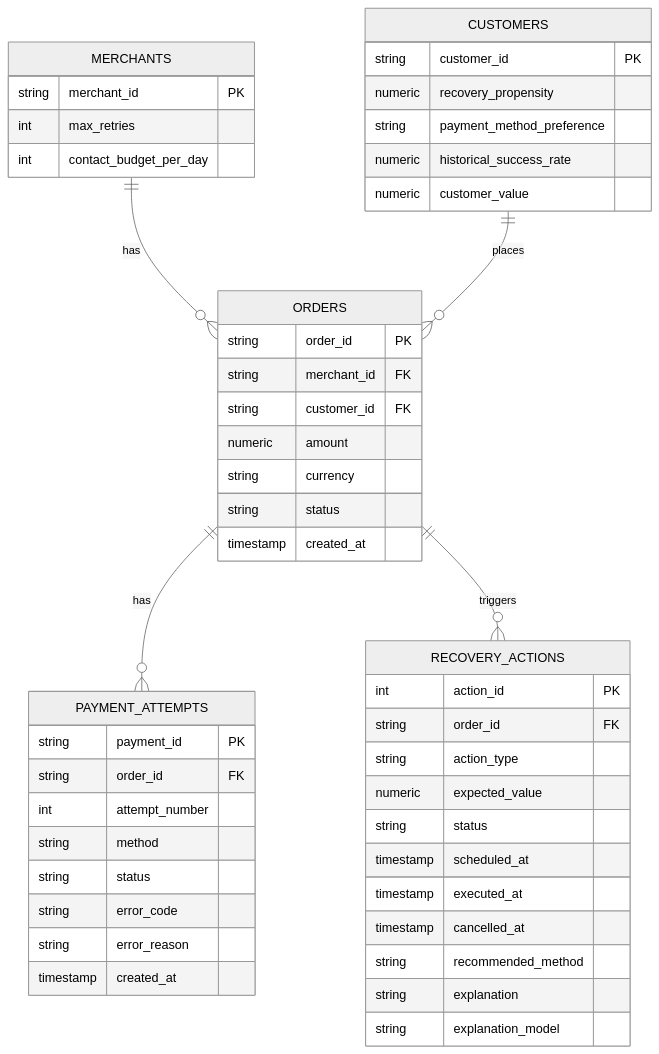
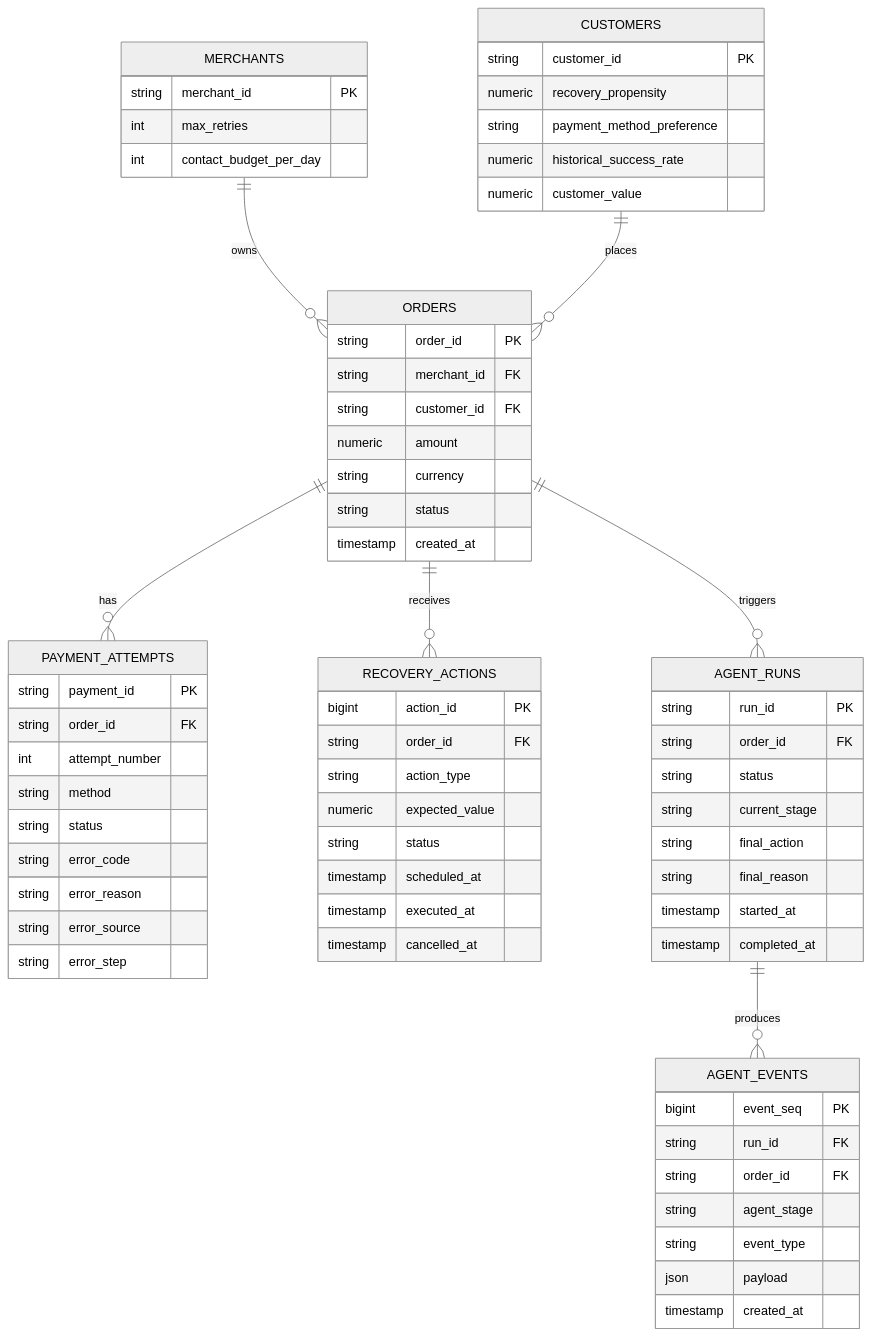
The third of 13 diagrams in docs/reclaim-system-design.md (arsh342/reclaim), drawn with Mermaid (neutral theme) before and after one commit. The commit also changed other lines of this file and 105 other files, not shown here.

````diff
--- a/docs/reclaim-system-design.md
+++ b/docs/reclaim-system-design.md
@@ -94,52 +167,77 @@
 ```mermaid
 erDiagram
-    MERCHANTS ||--o{ ORDERS : has
+    MERCHANTS ||--o{ ORDERS : owns
     CUSTOMERS ||--o{ ORDERS : places
     ORDERS ||--o{ PAYMENT_ATTEMPTS : has
-    ORDERS ||--o{ RECOVERY_ACTIONS : triggers
+    ORDERS ||--o{ RECOVERY_ACTIONS : receives
+    ORDERS ||--o{ AGENT_RUNS : triggers
+    AGENT_RUNS ||--o{ AGENT_EVENTS : produces
 
     MERCHANTS {
         string merchant_id PK
         int max_retries
         int contact_budget_per_day
     }
+
     CUSTOMERS {
         string customer_id PK
         numeric recovery_propensity
         string payment_method_preference
         numeric historical_success_rate
         numeric customer_value
     }
+
     ORDERS {
         string order_id PK
         string merchant_id FK
         string customer_id FK
         numeric amount
         string currency
         string status
         timestamp created_at
     }
+
     PAYMENT_ATTEMPTS {
         string payment_id PK
         string order_id FK
         int attempt_number
         string method
         string status
         string error_code
         string error_reason
+        string error_source
+        string error_step
+    }
+
+    AGENT_RUNS {
+        string run_id PK
+        string order_id FK
+        string status
+        string current_stage
+        string final_action
+        string final_reason
+        timestamp started_at
+        timestamp completed_at
+    }
+
+    AGENT_EVENTS {
+        bigint event_seq PK
+        string run_id FK
+        string order_id FK
+        string agent_stage
+        string event_type
+        json payload
         timestamp created_at
     }
+
     RECOVERY_ACTIONS {
-        int action_id PK
+        bigint action_id PK
         string order_id FK
         string action_type
         numeric expected_value
         string status
         timestamp scheduled_at
         timestamp executed_at
         timestamp cancelled_at
-        string recommended_method
-        string explanation
-        string explanation_model
     }
 ```
````
